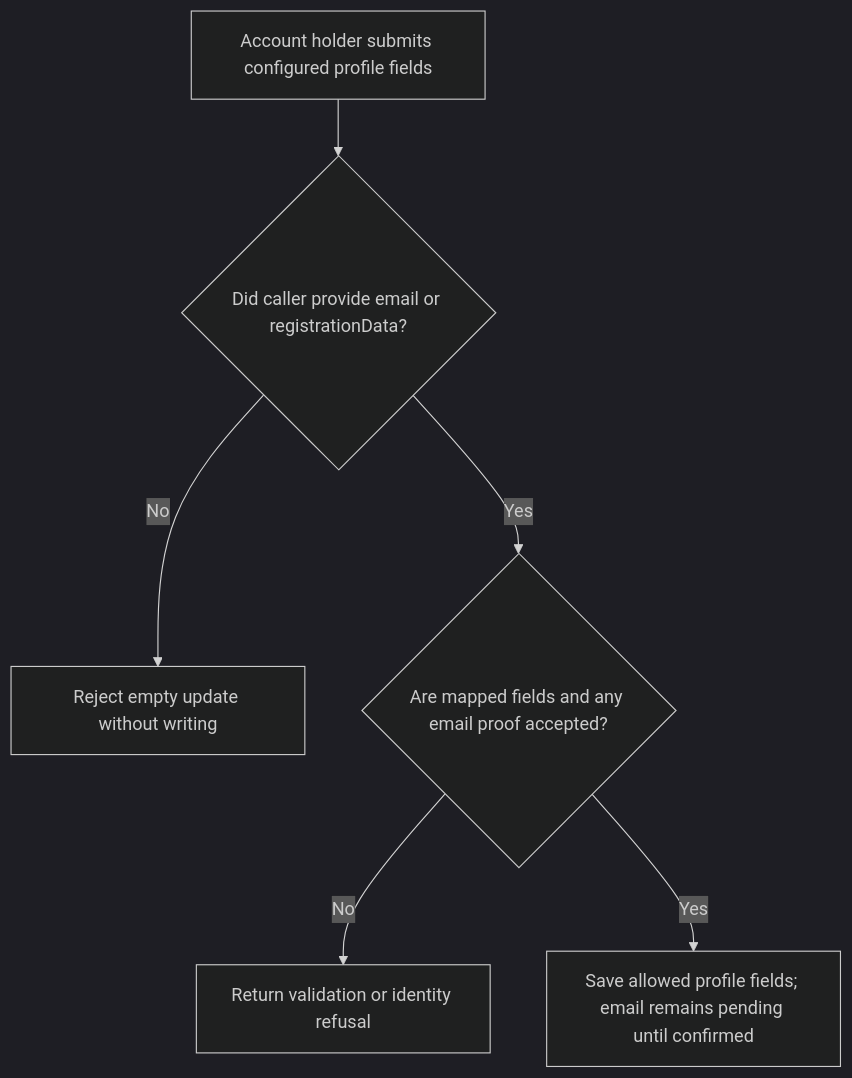
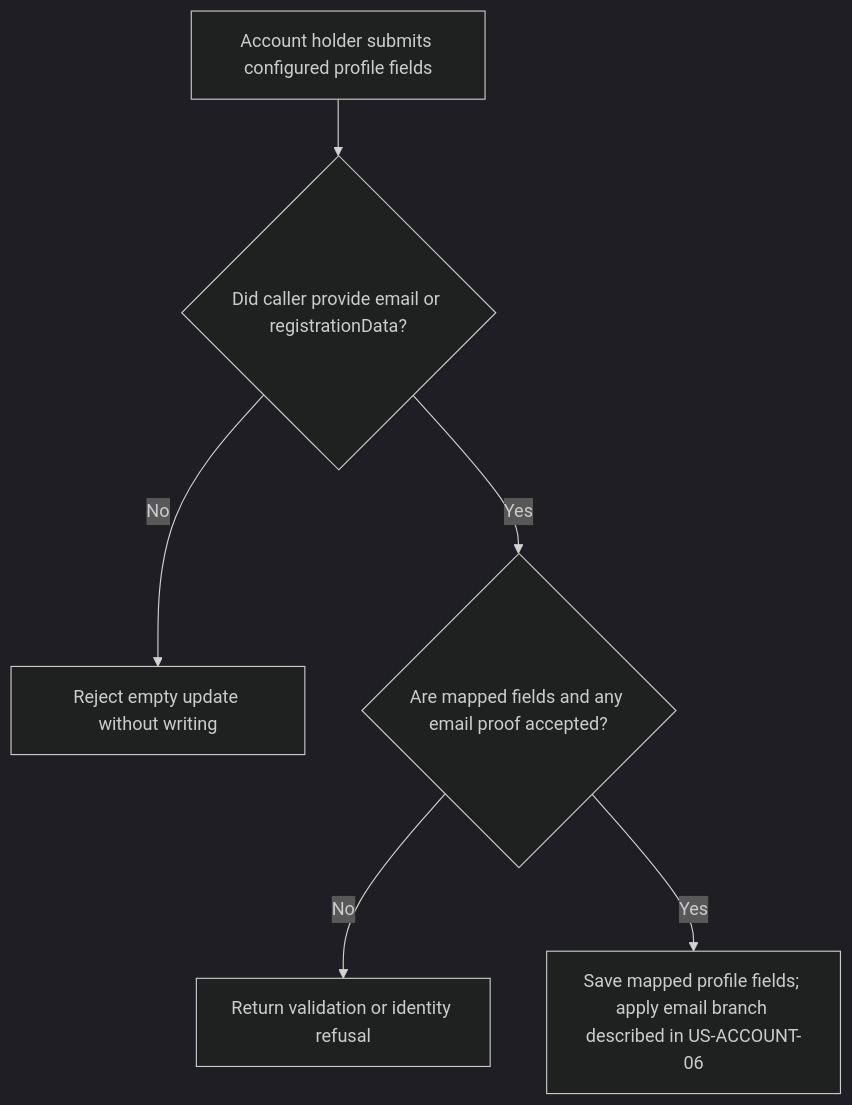
One commit to Kevinjohn/oss-adonisjs-account-kit changed the first of 2 diagrams in user-stories/US-ACCOUNT-07-update-profile.md. Above: the diagram before and after it, drawn with Mermaid (dark theme). The commit also changed other lines of this file and 5 other files, not shown here.

````diff
--- a/user-stories/US-ACCOUNT-07-update-profile.md
+++ b/user-stories/US-ACCOUNT-07-update-profile.md
@@ -18,8 +18,8 @@
 ```mermaid
 flowchart TD
  A["Account holder submits configured profile fields"] --> B{"Did caller provide email or registrationData?"}
  B -->|No| C["Reject empty update without writing"]
  B -->|Yes| D{"Are mapped fields and any email proof accepted?"}
  D -->|No| E["Return validation or identity refusal"]
- D -->|Yes| F["Save allowed profile fields; email remains pending until confirmed"]
+ D -->|Yes| F["Save mapped profile fields; apply email branch described in US-ACCOUNT-06"]
 ```
````
